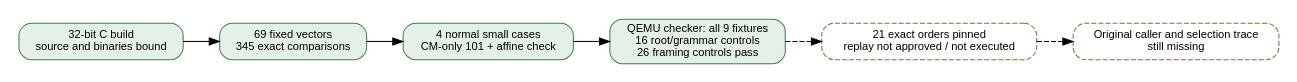
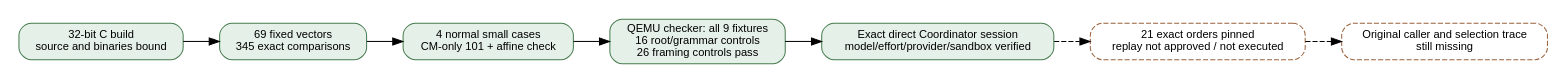
Before and after one commit to aburan28/crypto-autoresearcher: the diagram in research/nist_seed_ecpp_compat_20261024/admission.dot, drawn with Graphviz. The commit also changed 10 other files, not shown here.

First line of the commit message:
Document verified direct runtime and period-source follow-up

```diff
--- a/research/nist_seed_ecpp_compat_20261024/admission.dot
+++ b/research/nist_seed_ecpp_compat_20261024/admission.dot
@@ -1,12 +1,13 @@
 digraph Admission {
   graph [rankdir=LR,bgcolor="white",fontname="Helvetica",pad="0.15"];
   node [shape=box,style="rounded,filled",fillcolor="#e5f1e8",color="#457a4e",fontname="Helvetica",fontsize=11];
   build [label="32-bit C build\nsource and binaries bound"];
   arithmetic [label="69 fixed vectors\n345 exact comparisons"];
   small [label="4 normal small cases\nCM-only 101 + affine check"];
   checker [label="QEMU checker: all 9 fixtures\n16 root/grammar controls\n26 framing controls pass",fillcolor="#e5f1e8",color="#457a4e"];
+  coordinator [label="Exact direct Coordinator session\nmodel/effort/provider/sandbox verified"];
   cohort [label="21 exact orders pinned\nreplay not approved / not executed",style="rounded,dashed",fillcolor="white",color="#99613c"];
   history [label="Original caller and selection trace\nstill missing",style="rounded,dashed",fillcolor="white",color="#99613c"];
   build -> arithmetic; arithmetic -> small; small -> checker;
-  checker -> cohort [style=dashed];cohort -> history [style=dashed];
+  checker -> coordinator; coordinator -> cohort [style=dashed];cohort -> history [style=dashed];
 }
```
